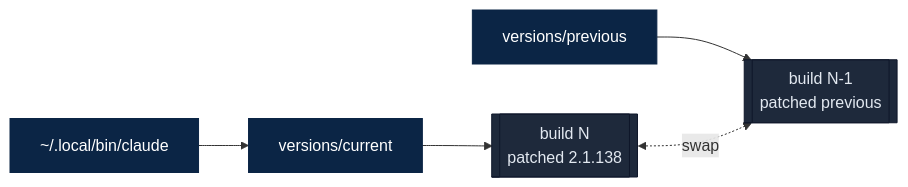
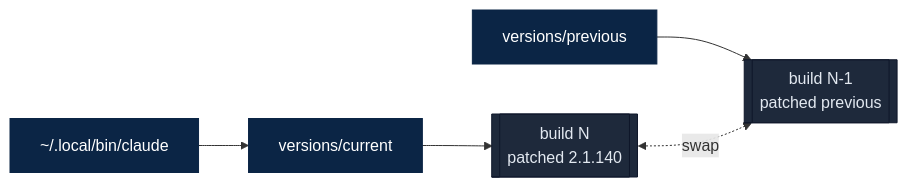
The second of 3 diagrams in README.md (camjac251/cc-enhanced), drawn with Mermaid before and after one commit. The commit also changed other lines of this file, not shown here.

````diff
--- a/README.md
+++ b/README.md
@@ -70,13 +70,13 @@
 ```mermaid
 flowchart LR
     Launcher["~/.local/bin/claude"] --> Current["versions/current"]
     Previous["versions/previous"]
-    Current --> NewBuild[["build N<br/>patched 2.1.138"]]
+    Current --> NewBuild[["build N<br/>patched 2.1.140"]]
     Previous --> OldBuild[["build N-1<br/>patched previous"]]
     NewBuild <-. swap .-> OldBuild
 
     classDef sym fill:#0b2545,stroke:#0b2545,color:#fff
     classDef build fill:#1e293b,stroke:#0f172a,color:#e2e8f0
     class Launcher,Current,Previous sym
     class NewBuild,OldBuild build
 ```
````
